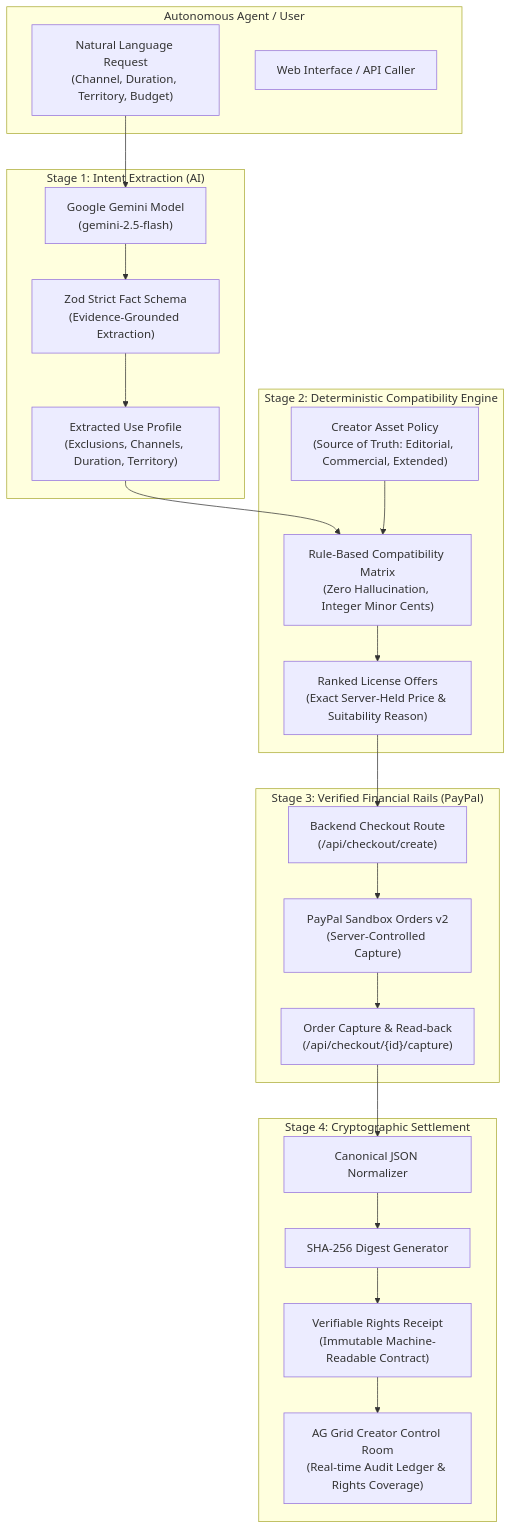
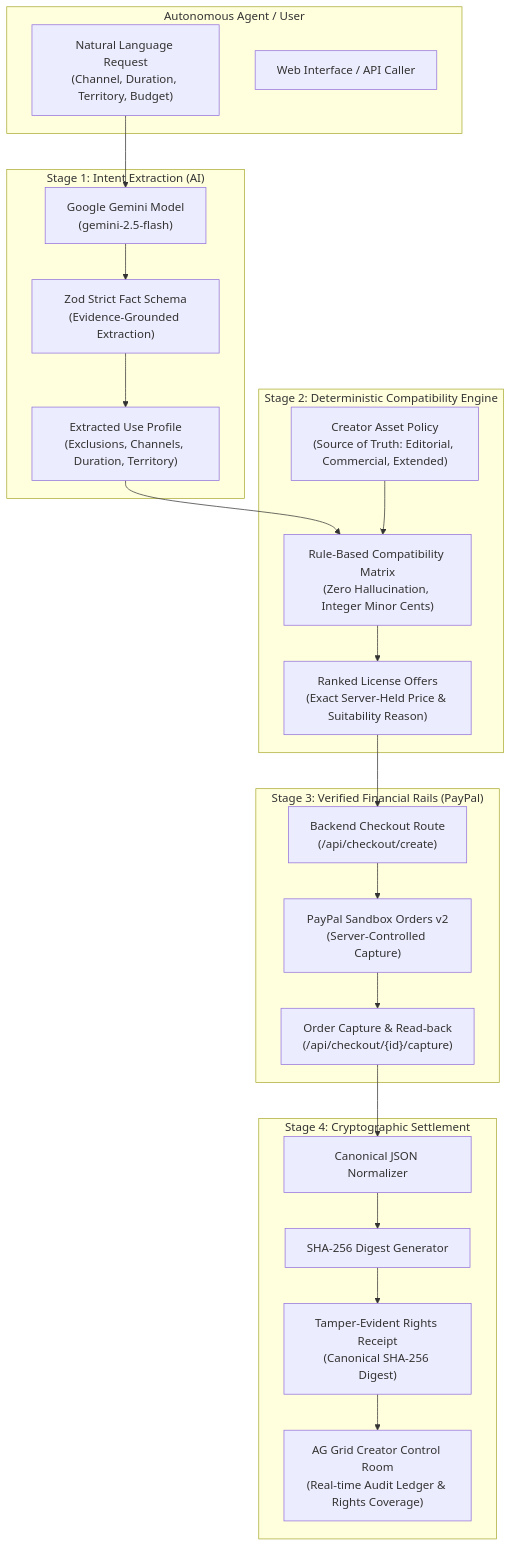
Before and after one commit to abhijeetnardele24-hash/ownterms: the diagram in docs/ARCHITECTURE.md, drawn with Mermaid. The commit also changed 47 other files, not shown here.

Commit message:
feat: complete release hardening with buyer approval flow, persistent SQLite on Render, original media assets, and verified isolated matrix analytics

````diff
--- a/docs/ARCHITECTURE.md
+++ b/docs/ARCHITECTURE.md
@@ -5,49 +5,49 @@
 ```mermaid
 flowchart TD
     subgraph Client ["Autonomous Agent / User"]
         AgentPrompt["Natural Language Request<br/>(Channel, Duration, Territory, Budget)"]
         UI["Web Interface / API Caller"]
     end
 
     subgraph Extraction ["Stage 1: Intent Extraction (AI)"]
         Gemini["Google Gemini Model<br/>(gemini-2.5-flash)"]
         Schema["Zod Strict Fact Schema<br/>(Evidence-Grounded Extraction)"]
         ExtractedFacts["Extracted Use Profile<br/>(Exclusions, Channels, Duration, Territory)"]
         
         AgentPrompt --> Gemini
         Gemini --> Schema
         Schema --> ExtractedFacts
     end
 
     subgraph PolicyEngine ["Stage 2: Deterministic Compatibility Engine"]
         CreatorPolicy["Creator Asset Policy<br/>(Source of Truth: Editorial, Commercial, Extended)"]
         Matcher["Rule-Based Compatibility Matrix<br/>(Zero Hallucination, Integer Minor Cents)"]
         RankedTiers["Ranked License Offers<br/>(Exact Server-Held Price & Suitability Reason)"]
 
         ExtractedFacts --> Matcher
         CreatorPolicy --> Matcher
         Matcher --> RankedTiers
     end
 
     subgraph PaymentRails ["Stage 3: Verified Financial Rails (PayPal)"]
         ServerCheckout["Backend Checkout Route<br/>(/api/checkout/create)"]
         PayPalOrders["PayPal Sandbox Orders v2<br/>(Server-Controlled Capture)"]
         Capture["Order Capture & Read-back<br/>(/api/checkout/{id}/capture)"]
 
         RankedTiers --> ServerCheckout
         ServerCheckout --> PayPalOrders
         PayPalOrders --> Capture
     end
 
     subgraph CryptographicTruth ["Stage 4: Cryptographic Settlement"]
         CanonicalSerializer["Canonical JSON Normalizer"]
         SHA256Hasher["SHA-256 Digest Generator"]
-        Receipt["Verifiable Rights Receipt<br/>(Immutable Machine-Readable Contract)"]
+        Receipt["Tamper-Evident Rights Receipt<br/>(Canonical SHA-256 Digest)"]
         ControlRoom["AG Grid Creator Control Room<br/>(Real-time Audit Ledger & Rights Coverage)"]
 
         Capture --> CanonicalSerializer
         CanonicalSerializer --> SHA256Hasher
         SHA256Hasher --> Receipt
         Receipt --> ControlRoom
     end
 ```
````
